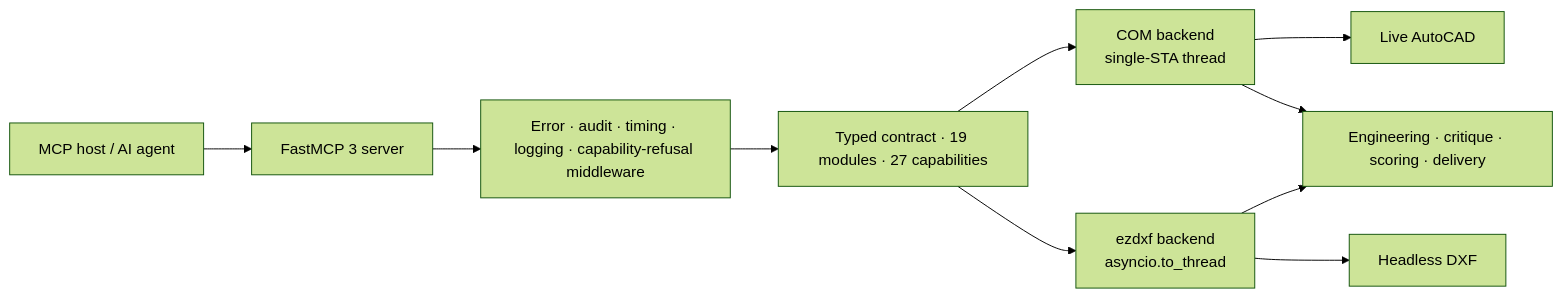
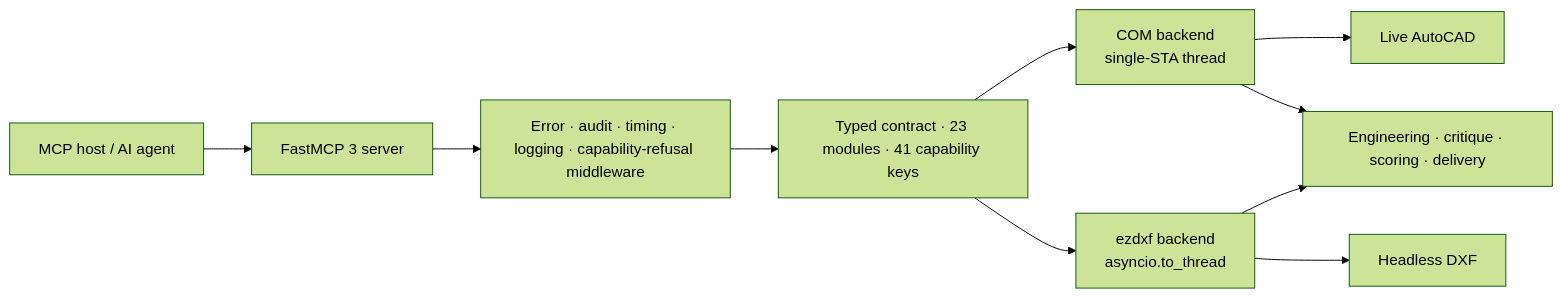
Before and after one commit to U-C4N/Autocad-MCP: the diagram in README.md, drawn with Mermaid (forest theme). The commit also changed other lines of this file and 27 other files, not shown here.

````diff
--- a/README.md
+++ b/README.md
@@ -260,12 +393,12 @@
 ```mermaid
 flowchart LR
   A[MCP host / AI agent] --> B[FastMCP 3 server]
   B --> C[Error · audit · timing · logging · capability-refusal middleware]
-  C --> D[Typed contract · 19 modules · 27 capabilities]
+  C --> D[Typed contract · 23 modules · 41 capability keys]
   D --> E[COM backend<br/>single-STA thread]
   D --> F[ezdxf backend<br/>asyncio.to_thread]
   E --> G[Live AutoCAD]
   F --> H[Headless DXF]
   E --> I[Engineering · critique · scoring · delivery]
   F --> I
 ```
````
